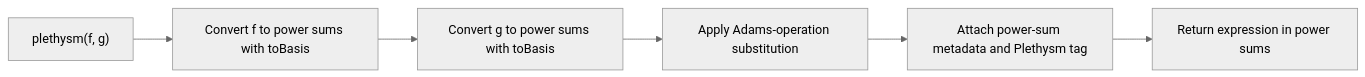
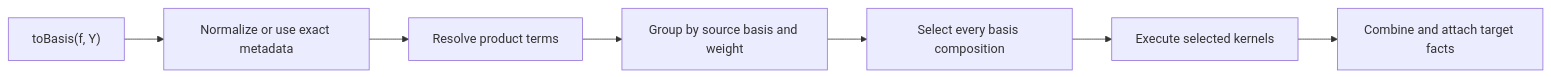
The first of 2 diagrams in M2/Macaulay2/e/symmetric-rings/README-pipelines.md (j-graf/M2), drawn with Mermaid before and after one commit. The commit also changed other lines of this file and 49 other files, not shown here.

````diff
--- a/M2/Macaulay2/e/symmetric-rings/README-pipelines.md
+++ b/M2/Macaulay2/e/symmetric-rings/README-pipelines.md
@@ -211,9 +13,9 @@
 ```mermaid
-%%{init: {"theme": "neutral"}}%%
 flowchart LR
-    A["plethysm(f, g)"] --> F["Convert f to power sums with toBasis"]
-    F --> G["Convert g to power sums with toBasis"]
-    G --> AD["Apply Adams-operation substitution"]
-    AD --> M["Attach power-sum metadata and Plethysm tag"]
-    M --> R["Return expression in power sums"]
+    A["toBasis(f, Y)"] --> B["Normalize or use exact metadata"]
+    B --> C["Resolve product terms"]
+    C --> D["Group by source basis and weight"]
+    D --> E["Select every basis composition"]
+    E --> F["Execute selected kernels"]
+    F --> G["Combine and attach target facts"]
 ```
````
